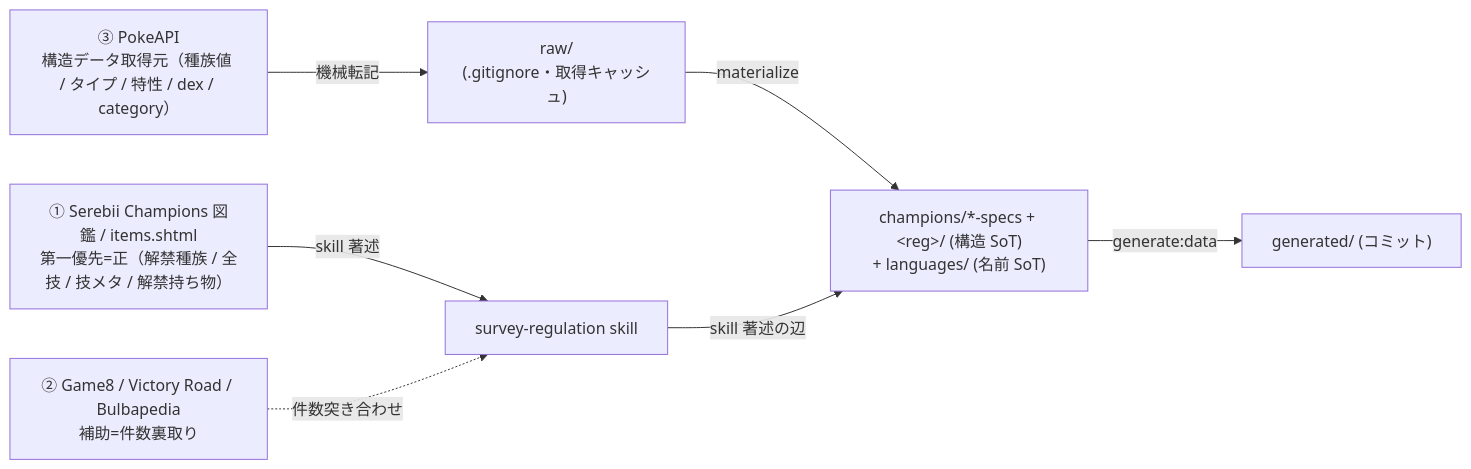
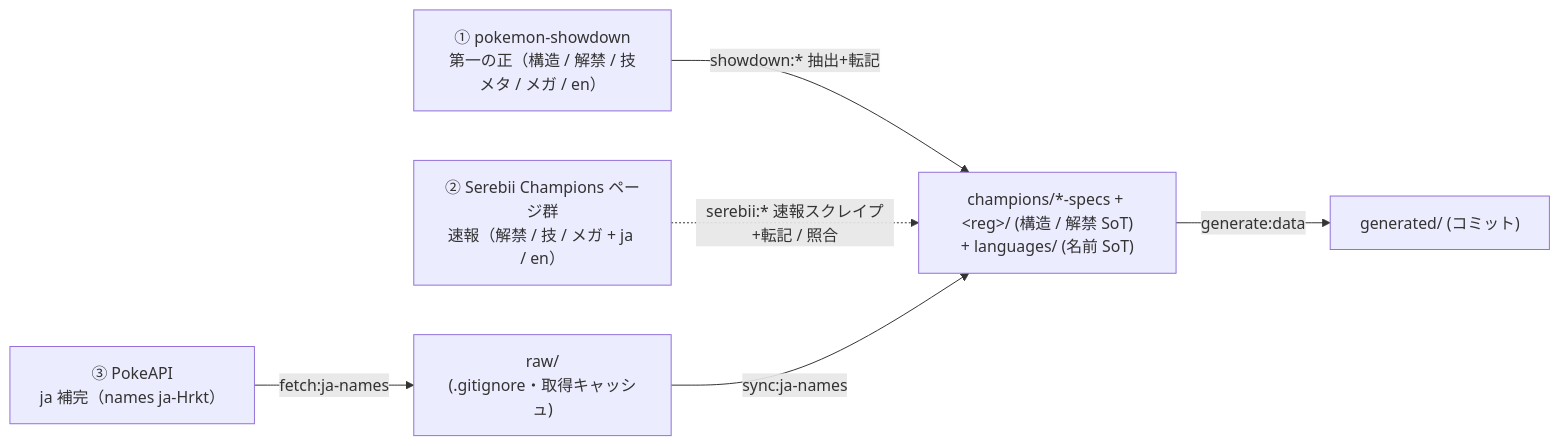
Before and after one commit to subroh0508/pokeform: the diagram in data/README.md, drawn with Mermaid. The commit also changed other lines of this file and 16 other files, not shown here.

First line of the commit message:
feat(harness): plan 10 Phase 5 — verify-showdown-pr 新設 + survey-regulation 廃止 + rules/docs を showdown 序列へ整合

````diff
--- a/data/README.md
+++ b/data/README.md
@@ -15,13 +16,12 @@
 ```mermaid
 flowchart LR
-    SB["① Serebii Champions 図鑑 / items.shtml<br/>第一優先=正（解禁種族 / 全技 / 技メタ / 解禁持ち物）"]
-    AUX["② Game8 / Victory Road / Bulbapedia<br/>補助=件数裏取り"]
-    API["③ PokeAPI<br/>構造データ取得元（種族値 / タイプ / 特性 / dex / category）"]
+    SD["① pokemon-showdown<br/>第一の正（構造 / 解禁 / 技メタ / メガ / en）"]
+    SB["② Serebii Champions ページ群<br/>速報（解禁 / 技 / メガ + ja / en）"]
+    API["③ PokeAPI<br/>ja 補完（names ja-Hrkt）"]
 
-    SB -->|skill 著述| SR["survey-regulation skill"]
-    AUX -.->|件数突き合わせ| SR
-    API -->|機械転記| RAW["raw/<br/>(.gitignore・取得キャッシュ)"]
-    RAW -->|materialize| SPECS
-    SR -->|skill 著述の辺| SPECS["champions/*-specs + &lt;reg&gt;/ (構造 SoT)<br/>+ languages/ (名前 SoT)"]
+    SD -->|showdown:* 抽出+転記| SPECS
+    SB -.->|serebii:* 速報スクレイプ+転記 / 照合| SPECS
+    API -->|fetch:ja-names| RAW["raw/<br/>(.gitignore・取得キャッシュ)"]
+    RAW -->|sync:ja-names| SPECS["champions/*-specs + &lt;reg&gt;/ (構造 / 解禁 SoT)<br/>+ languages/ (名前 SoT)"]
     SPECS -->|generate:data| GEN["generated/ (コミット)"]
 ```
````
